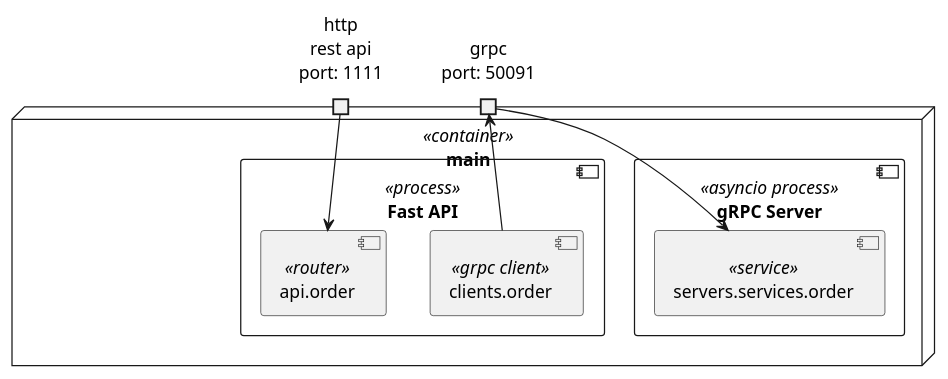
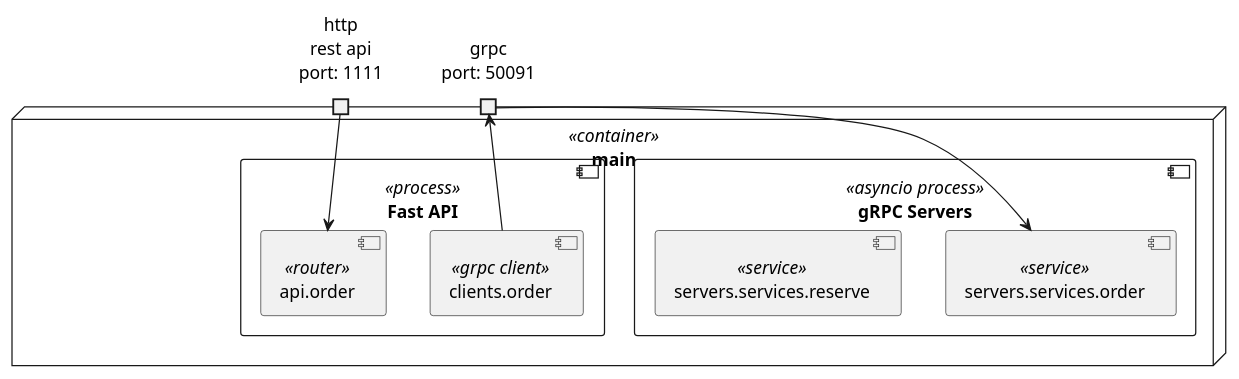
The diagram in adr/day1/deploy-singl.puml (arootcom/grpc-fastapi), drawn with PlantUML before and after one commit. The commit also changed 6 other files, not shown here.

```diff
--- a/adr/day1/deploy-singl.puml
+++ b/adr/day1/deploy-singl.puml
@@ -1,29 +1,30 @@
 @startuml
 
 '!theme plain
 'skinparam {
 '  shadowing false
 '  nodesep 50
 '  ranksep 100
 '  linetype ortho
 '}
 
 node main <<container>> {
     portin http as "http\nrest api\nport: 1111"
     portin grpc as "grpc\nport: 50091"
 
     component api as "Fast API" <<process>> {
         component router as "api.order" <<router>>
         http --> router
 
         component client as "clients.order" <<grpc client>>
         client --> grpc
     }
 
-    component server as "gRPC Server" <<asyncio process>> {
+    component server as "gRPC Servers" <<asyncio process>> {
         component orders as "servers.services.order" <<service>>
+        component reserve as "servers.services.reserve" <<service>>
     }
     grpc --> orders
 }
 
 @enduml
```
